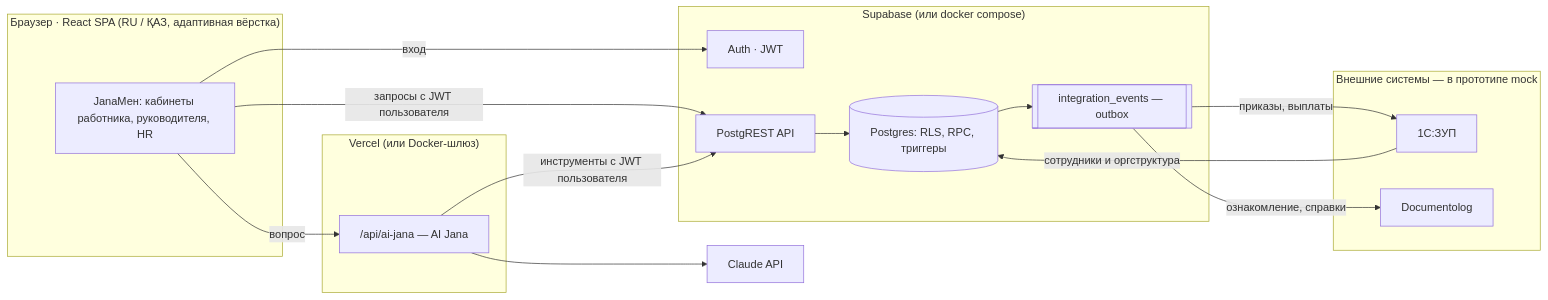
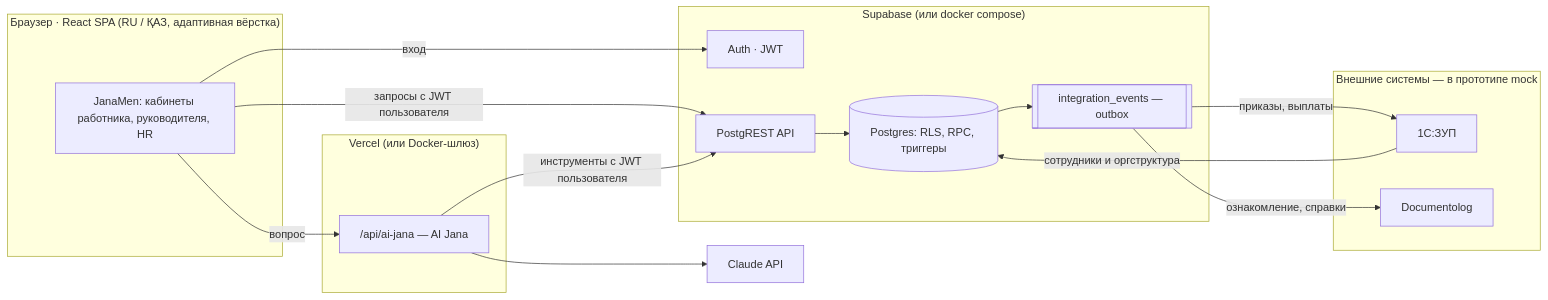
The diagram in README.md (mokydek/TerriconValleyDigitalHR), drawn with Mermaid before and after one commit. The commit also changed other lines of this file and 57 other files, not shown here.

First line of the commit message:
Rename the product to JanaMen and split the home pages into tabs

````diff
--- a/README.md
+++ b/README.md
@@ -247,30 +248,30 @@
 ```mermaid
 flowchart LR
   subgraph Browser["Браузер · React SPA (RU / ҚАЗ, адаптивная вёрстка)"]
-    UI["JanaМен: кабинеты работника, руководителя, HR"]
+    UI["JanaMen: кабинеты работника, руководителя, HR"]
   end
   subgraph Edge["Vercel (или Docker-шлюз)"]
     FN["/api/ai-jana — AI Jana"]
   end
   subgraph SB["Supabase (или docker compose)"]
     AUTH["Auth · JWT"]
     REST["PostgREST API"]
     DB[("Postgres: RLS, RPC, триггеры")]
     OUT[["integration_events — outbox"]]
   end
   subgraph EXT["Внешние системы — в прототипе mock"]
     ZUP["1С:ЗУП"]
     DOC["Documentolog"]
   end
   LLM["Claude API"]
 
   UI -->|вход| AUTH
   UI -->|запросы с JWT пользователя| REST --> DB
   UI -->|вопрос| FN
   FN -->|инструменты с JWT пользователя| REST
   FN --> LLM
   DB --> OUT
   OUT -->|приказы, выплаты| ZUP
   OUT -->|ознакомление, справки| DOC
   ZUP -->|сотрудники и оргструктура| DB
 ```
````
